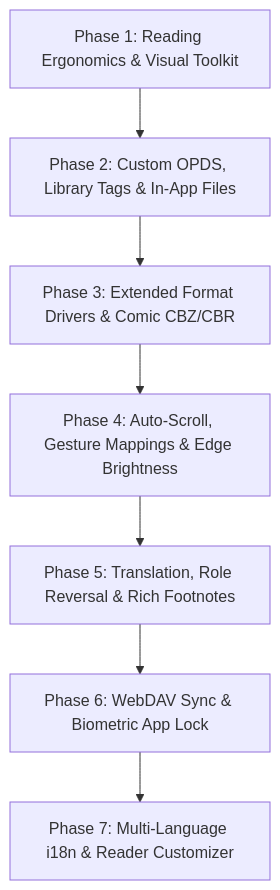
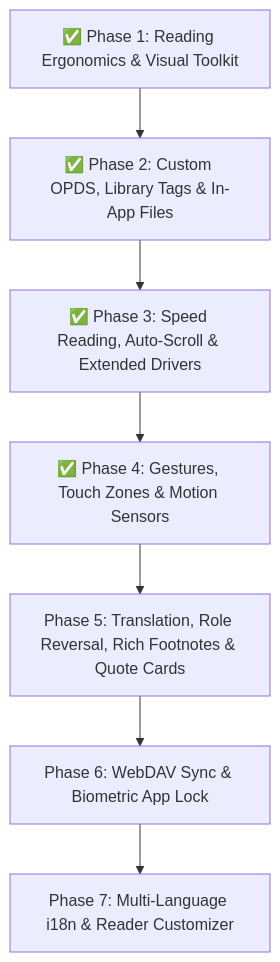
Before and after one commit to HawkdotDev/readr: the diagram in plan.md, drawn with Mermaid. The commit also changed other lines of this file, not shown here.

Commit message:
docs: update plan.md with completed phases 1-4, audit matrix and upcoming roadmap

````diff
--- a/plan.md
+++ b/plan.md
@@ -63,9 +51,9 @@
 ```mermaid
 flowchart TD
-    Phase1[Phase 1: Reading Ergonomics & Visual Toolkit] --> Phase2[Phase 2: Custom OPDS, Library Tags & In-App Files]
-    Phase2 --> Phase3[Phase 3: Extended Format Drivers & Comic CBZ/CBR]
-    Phase3 --> Phase4[Phase 4: Auto-Scroll, Gesture Mappings & Edge Brightness]
-    Phase4 --> Phase5[Phase 5: Translation, Role Reversal & Rich Footnotes]
+    Phase1[✅ Phase 1: Reading Ergonomics & Visual Toolkit] --> Phase2[✅ Phase 2: Custom OPDS, Library Tags & In-App Files]
+    Phase2 --> Phase3[✅ Phase 3: Speed Reading, Auto-Scroll & Extended Drivers]
+    Phase3 --> Phase4[✅ Phase 4: Gestures, Touch Zones & Motion Sensors]
+    Phase4 --> Phase5[Phase 5: Translation, Role Reversal, Rich Footnotes & Quote Cards]
     Phase5 --> Phase6[Phase 6: WebDAV Sync & Biometric App Lock]
     Phase6 --> Phase7[Phase 7: Multi-Language i18n & Reader Customizer]
 ```
````
